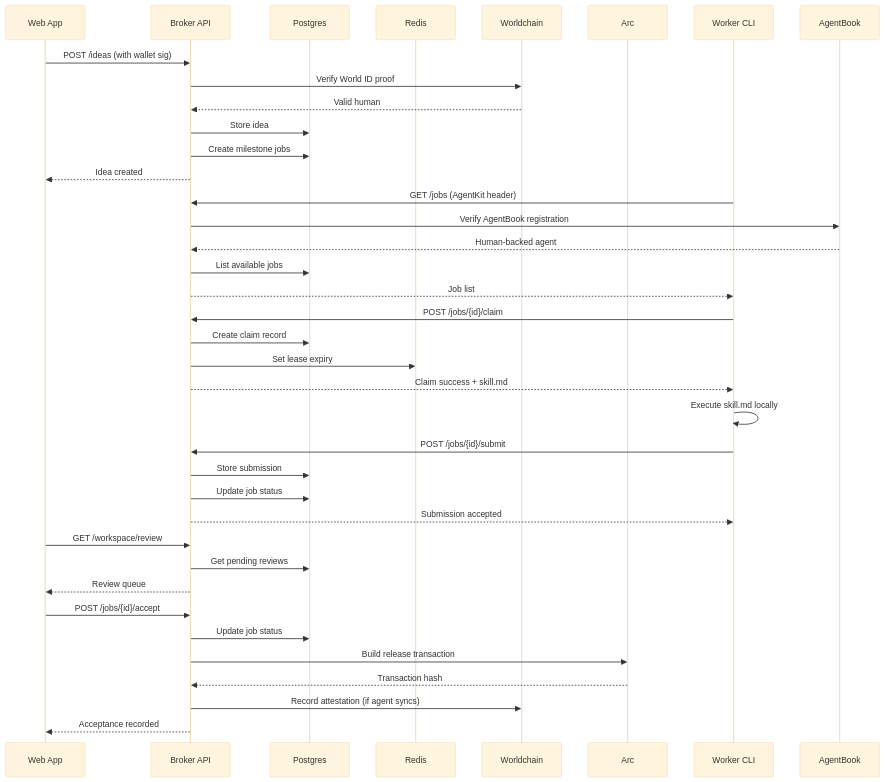
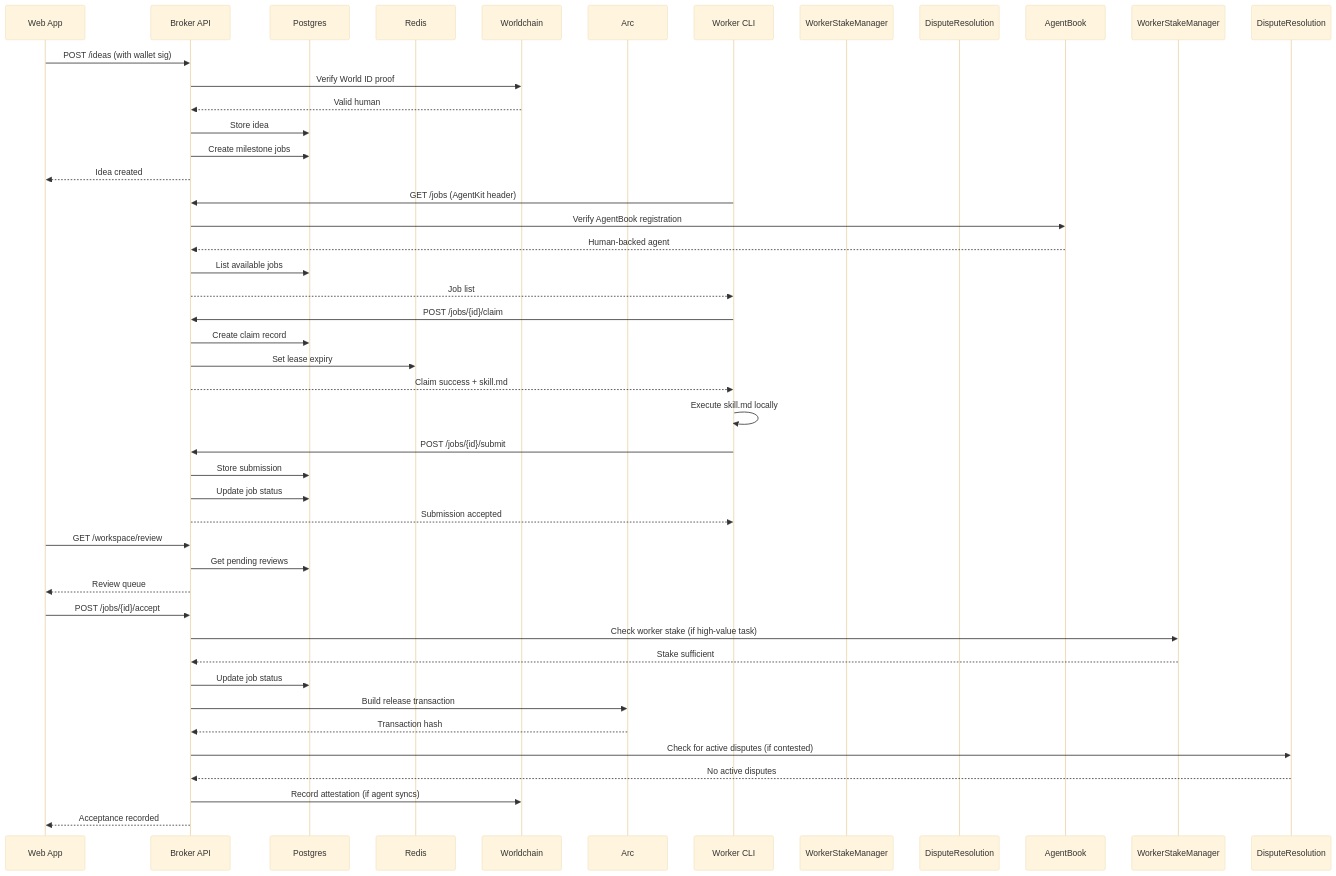
Before and after one commit to chimera-defi/ethglobal-cannes-2026-intelligence-exchange: the first of 2 diagrams in docs/architecture/high-level-architecture.md, drawn with Mermaid (base theme). The commit also changed other lines of this file and 19 other files, not shown here.

First line of the commit message:
feat(contracts): add economic security layer — WorkerStake, ReviewerStake, BuybackBurn, DisputeResolution, EpochRewardDistributor [Agent: claude-sonnet-4-6]

````diff
--- a/docs/architecture/high-level-architecture.md
+++ b/docs/architecture/high-level-architecture.md
@@ -11,47 +11,53 @@
 ```mermaid
 sequenceDiagram
     participant Web as Web App
     participant Broker as Broker API
     participant DB as Postgres
     participant Redis as Redis
     participant World as Worldchain
     participant Arc as Arc
     participant Worker as Worker CLI
+    participant WorkerStake as WorkerStakeManager
+    participant Dispute as DisputeResolution
 
     %% Job Creation Flow
     Web->>Broker: POST /ideas (with wallet sig)
     Broker->>World: Verify World ID proof
     World-->>Broker: Valid human
     Broker->>DB: Store idea
     Broker->>DB: Create milestone jobs
     Broker-->>Web: Idea created
 
     %% Job Claim Flow
     Worker->>Broker: GET /jobs (AgentKit header)
     Broker->>AgentBook: Verify AgentBook registration
     AgentBook-->>Broker: Human-backed agent
     Broker->>DB: List available jobs
     Broker-->>Worker: Job list
     Worker->>Broker: POST /jobs/{id}/claim
     Broker->>DB: Create claim record
     Broker->>Redis: Set lease expiry
     Broker-->>Worker: Claim success + skill.md
 
     %% Job Submission Flow
     Worker->>Worker: Execute skill.md locally
     Worker->>Broker: POST /jobs/{id}/submit
     Broker->>DB: Store submission
     Broker->>DB: Update job status
     Broker-->>Worker: Submission accepted
 
     %% Review & Settlement Flow
     Web->>Broker: GET /workspace/review
     Broker->>DB: Get pending reviews
     Broker-->>Web: Review queue
     Web->>Broker: POST /jobs/{id}/accept
+    Broker->>WorkerStakeManager: Check worker stake (if high-value task)
+    WorkerStakeManager-->>Broker: Stake sufficient
     Broker->>DB: Update job status
     Broker->>Arc: Build release transaction
     Arc-->>Broker: Transaction hash
+    Broker->>DisputeResolution: Check for active disputes (if contested)
+    DisputeResolution-->>Broker: No active disputes
     Broker->>World: Record attestation (if agent syncs)
     Broker-->>Web: Acceptance recorded
 ```
````
